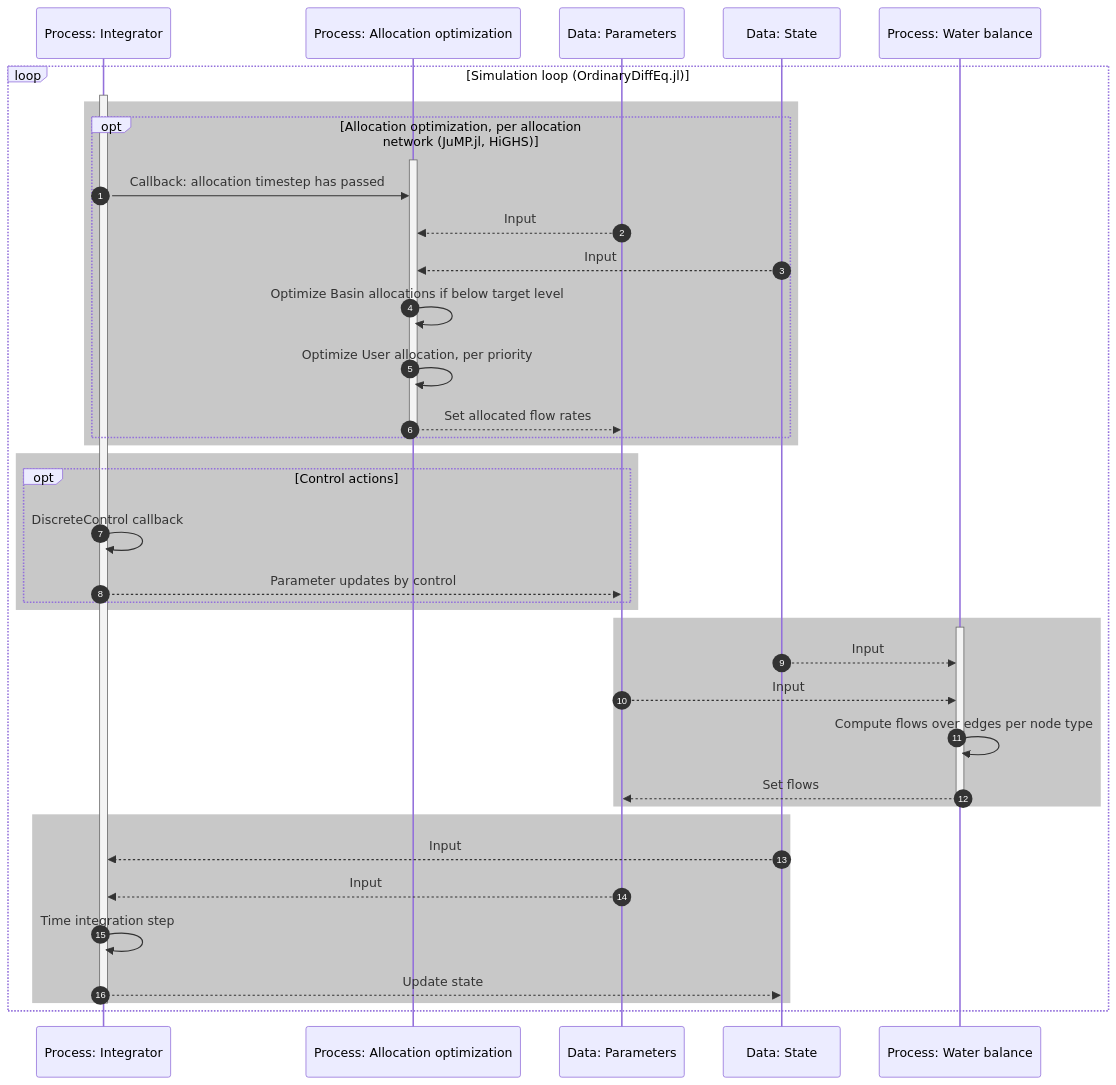
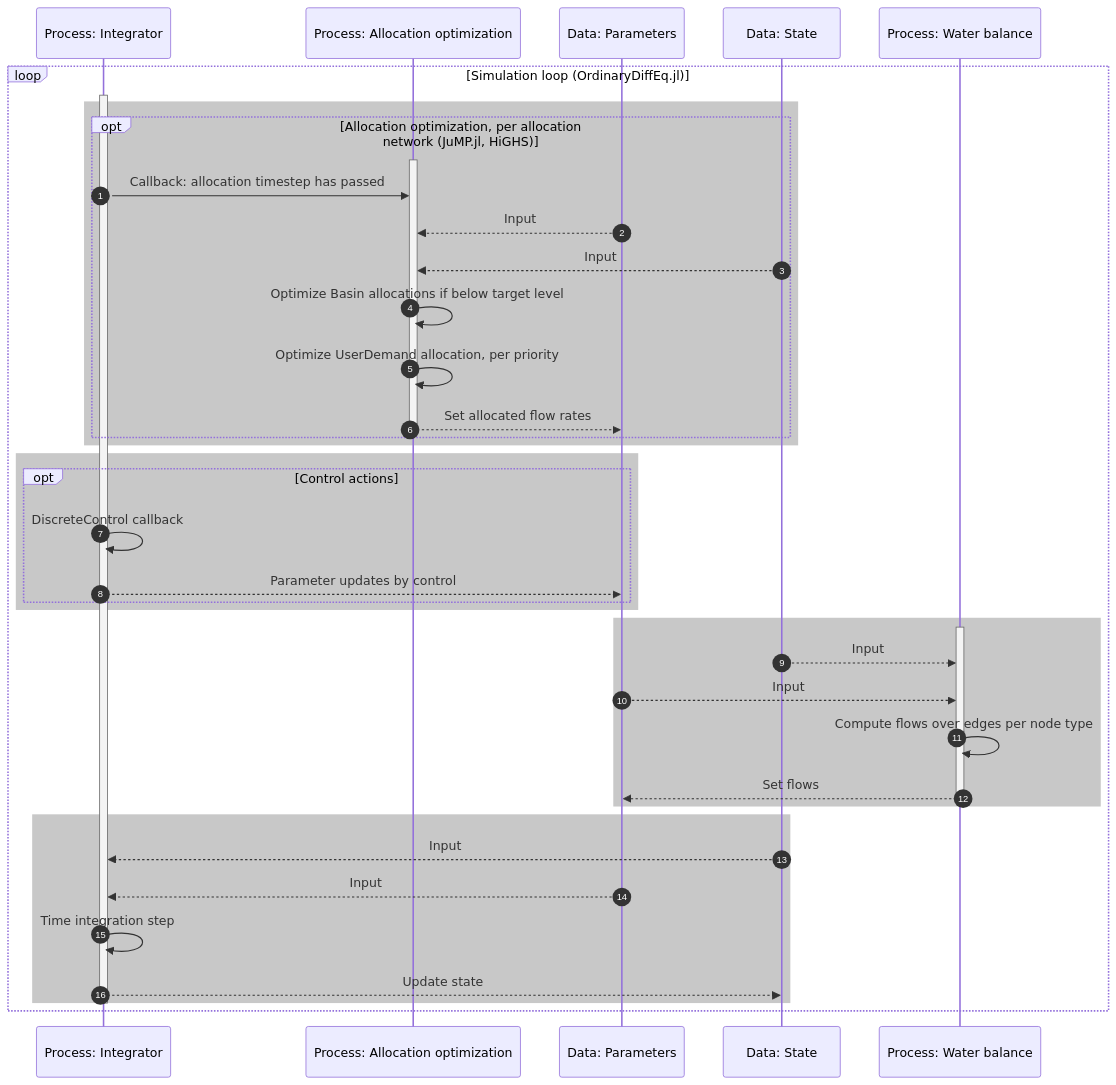
One commit to Deltares/Ribasim changed the first of 2 diagrams in docs/core/index.qmd. Above: the diagram before and after it, drawn with Mermaid. The commit also changed 25 other files, not shown here.

Commit message:
Replace User with UserDemand

````diff
--- a/docs/core/index.qmd
+++ b/docs/core/index.qmd
@@ -33,49 +33,49 @@
 ```{mermaid}
 sequenceDiagram
     autonumber
     participant Int as Process: Integrator
     participant Optim as Process: Allocation optimization
     participant Param as Data: Parameters
     participant State as Data: State
     participant Sim as Process: Water balance
     loop Simulation loop (OrdinaryDiffEq.jl)
         activate Int
         %% Allocation
         rect rgb(200, 200, 200)
             opt Allocation optimization, per allocation network (JuMP.jl, HiGHS)
                 activate Optim
                 Int->>Optim: Callback: allocation timestep has passed
                 Param-->>Optim: Input
                 State-->>Optim: Input
                 Optim->>Optim: Optimize Basin allocations if below target level
-                Optim->>Optim: Optimize User allocation, per priority
+                Optim->>Optim: Optimize UserDemand allocation, per priority
                 Optim-->>Param: Set allocated flow rates
                 deactivate Optim
             end
         end
         %% Control
         rect rgb(200, 200, 200)
             opt Control actions
                 Int->>Int: DiscreteControl callback
                 Int-->>Param: Parameter updates by control
             end
         end
         %% water_balance!
         rect rgb(200, 200, 200)
             activate Sim
             State-->>Sim: Input
             Param-->>Sim: Input
             Sim->>Sim: Compute flows over edges per node type
             Sim-->>Param: Set flows
             deactivate Sim
         end
         %% Time integration
         rect rgb(200, 200, 200)
             State-->>Int: Input
             Param-->>Int: Input
             Int->>Int: Time integration step
             Int-->>State: Update state
         end
         deactivate Int
   end
 ```
````
